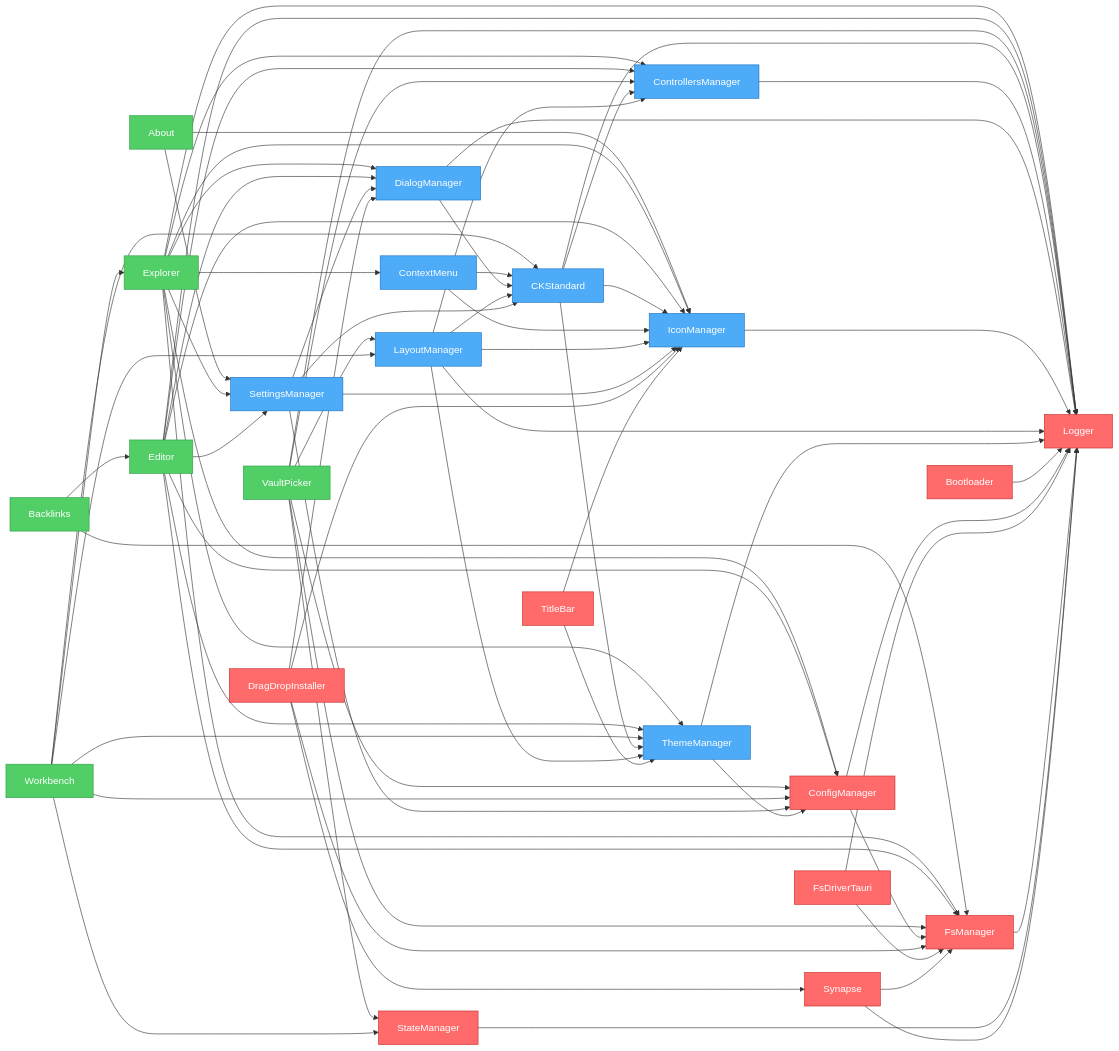
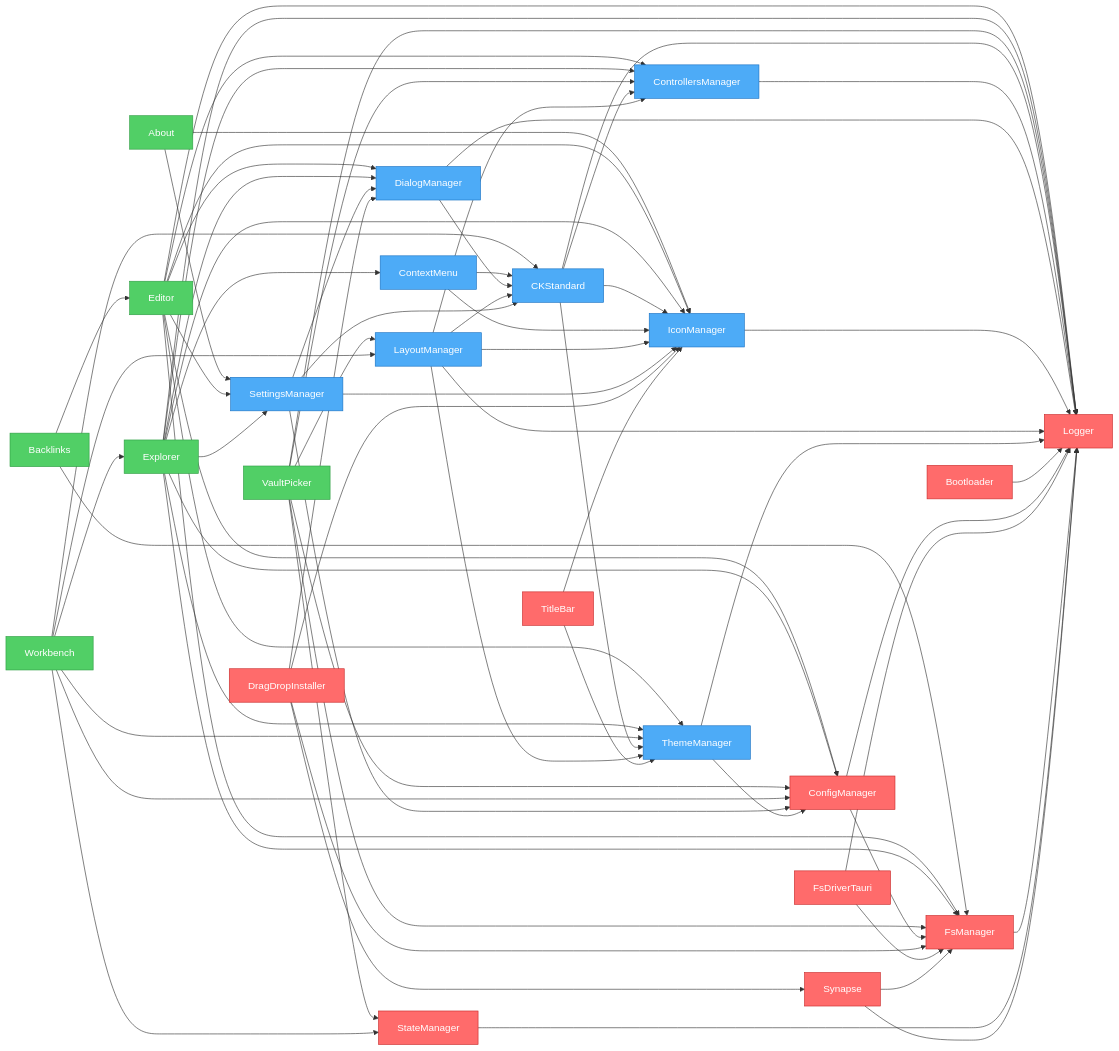
One commit to khton-tech/notehub.md changed the diagram in artifacts/graph.mmd. Above: the diagram before and after it, drawn with Mermaid. The commit also changed 2 other files, not shown here.

Commit message:
feat: generate and display plugin dependency graph for the desktop application.

```diff
--- a/artifacts/graph.mmd
+++ b/artifacts/graph.mmd
@@ -1,102 +1,102 @@
 flowchart LR
     nh_features_about["About"]
     nh_features_backlinks["Backlinks"]
+    nh_features_editor["Editor"]
     nh_features_explorer["Explorer"]
-    nh_features_editor["Editor"]
     nh_features_vault-picker["VaultPicker"]
     nh_features_workbench["Workbench"]
     nh_ui_ck-standard["CKStandard"]
     nh_ui_context-menu["ContextMenu"]
     nh_ui_controllers-manager["ControllersManager"]
     nh_ui_dialog-manager["DialogManager"]
     nh_ui_icon-manager["IconManager"]
     nh_ui_layout-manager["LayoutManager"]
     nh_ui_settings-manager["SettingsManager"]
     nh_ui_theme-manager["ThemeManager"]
     nh_system_bootloader["Bootloader"]
     nh_system_config-manager["ConfigManager"]
     nh_system_drag-drop["DragDropInstaller"]
     nh_system_fs-driver-tauri["FsDriverTauri"]
     nh_system_fs-manager["FsManager"]
     nh_system_logger["Logger"]
     nh_system_state-manager["StateManager"]
     nh_system_synapse["Synapse"]
     nh_system_titlebar["TitleBar"]
     nh_features_about --> nh_ui_settings-manager
     nh_features_about --> nh_ui_icon-manager
     nh_features_backlinks --> nh_features_editor
     nh_features_backlinks --> nh_system_fs-manager
+    nh_features_editor --> nh_system_config-manager
+    nh_features_editor --> nh_ui_settings-manager
+    nh_features_editor --> nh_system_fs-manager
+    nh_features_editor --> nh_system_logger
+    nh_features_editor --> nh_ui_controllers-manager
+    nh_features_editor --> nh_ui_dialog-manager
+    nh_features_editor --> nh_ui_icon-manager
+    nh_features_editor --> nh_ui_theme-manager
     nh_features_explorer --> nh_system_config-manager
     nh_features_explorer --> nh_ui_settings-manager
     nh_features_explorer --> nh_system_fs-manager
     nh_features_explorer --> nh_system_logger
     nh_features_explorer --> nh_ui_controllers-manager
     nh_features_explorer --> nh_ui_icon-manager
     nh_features_explorer --> nh_ui_theme-manager
     nh_features_explorer --> nh_ui_context-menu
     nh_features_explorer --> nh_ui_dialog-manager
-    nh_features_editor --> nh_system_config-manager
-    nh_features_editor --> nh_ui_settings-manager
-    nh_features_editor --> nh_system_fs-manager
-    nh_features_editor --> nh_system_logger
-    nh_features_editor --> nh_ui_controllers-manager
-    nh_features_editor --> nh_ui_dialog-manager
-    nh_features_editor --> nh_ui_icon-manager
-    nh_features_editor --> nh_ui_theme-manager
     nh_features_vault-picker --> nh_system_fs-manager
     nh_features_vault-picker --> nh_system_config-manager
     nh_features_vault-picker --> nh_system_state-manager
     nh_features_vault-picker --> nh_system_logger
     nh_features_vault-picker --> nh_ui_controllers-manager
     nh_features_vault-picker --> nh_ui_layout-manager
     nh_features_workbench --> nh_system_config-manager
     nh_features_workbench --> nh_ui_layout-manager
     nh_features_workbench --> nh_ui_theme-manager
     nh_features_workbench --> nh_ui_ck-standard
     nh_features_workbench --> nh_system_state-manager
     nh_features_workbench --> nh_features_explorer
     nh_ui_ck-standard --> nh_system_logger
     nh_ui_ck-standard --> nh_ui_controllers-manager
     nh_ui_ck-standard --> nh_ui_icon-manager
     nh_ui_ck-standard --> nh_ui_theme-manager
     nh_ui_context-menu --> nh_ui_icon-manager
     nh_ui_context-menu --> nh_ui_ck-standard
     nh_ui_controllers-manager --> nh_system_logger
     nh_ui_dialog-manager --> nh_system_logger
     nh_ui_dialog-manager --> nh_ui_ck-standard
     nh_ui_icon-manager --> nh_system_logger
     nh_ui_layout-manager --> nh_system_logger
     nh_ui_layout-manager --> nh_ui_theme-manager
     nh_ui_layout-manager --> nh_ui_icon-manager
     nh_ui_layout-manager --> nh_ui_controllers-manager
     nh_ui_layout-manager --> nh_ui_ck-standard
     nh_ui_settings-manager --> nh_system_config-manager
     nh_ui_settings-manager --> nh_ui_ck-standard
     nh_ui_settings-manager --> nh_ui_icon-manager
     nh_ui_settings-manager --> nh_ui_dialog-manager
     nh_ui_theme-manager --> nh_system_logger
     nh_ui_theme-manager --> nh_system_config-manager
     nh_system_bootloader --> nh_system_logger
     nh_system_config-manager --> nh_system_logger
     nh_system_config-manager --> nh_system_fs-manager
     nh_system_drag-drop --> nh_ui_icon-manager
     nh_system_drag-drop --> nh_ui_dialog-manager
     nh_system_drag-drop --> nh_system_fs-manager
     nh_system_drag-drop --> nh_system_synapse
     nh_system_fs-driver-tauri --> nh_system_logger
     nh_system_fs-driver-tauri --> nh_system_fs-manager
     nh_system_fs-manager --> nh_system_logger
     nh_system_state-manager --> nh_system_logger
     nh_system_synapse --> nh_system_fs-manager
     nh_system_synapse --> nh_system_logger
     nh_system_titlebar --> nh_ui_icon-manager
     nh_system_titlebar --> nh_ui_theme-manager
 
     %% Styles
     classDef system fill:#ff6b6b,stroke:#c92a2a,color:#fff
     classDef ui fill:#4dabf7,stroke:#1971c2,color:#fff
     classDef feature fill:#51cf66,stroke:#2f9e44,color:#fff
     class nh_features_about,nh_features_backlinks,nh_features_vault-picker feature
-    class nh_features_explorer,nh_features_editor,nh_features_workbench feature
+    class nh_features_editor,nh_features_explorer,nh_features_workbench feature
     class nh_ui_ck-standard,nh_ui_context-menu,nh_ui_controllers-manager,nh_ui_dialog-manager,nh_ui_icon-manager,nh_ui_layout-manager,nh_ui_settings-manager,nh_ui_theme-manager ui
     class nh_system_bootloader,nh_system_config-manager,nh_system_drag-drop,nh_system_fs-driver-tauri,nh_system_fs-manager,nh_system_logger,nh_system_state-manager,nh_system_synapse,nh_system_titlebar system
```
